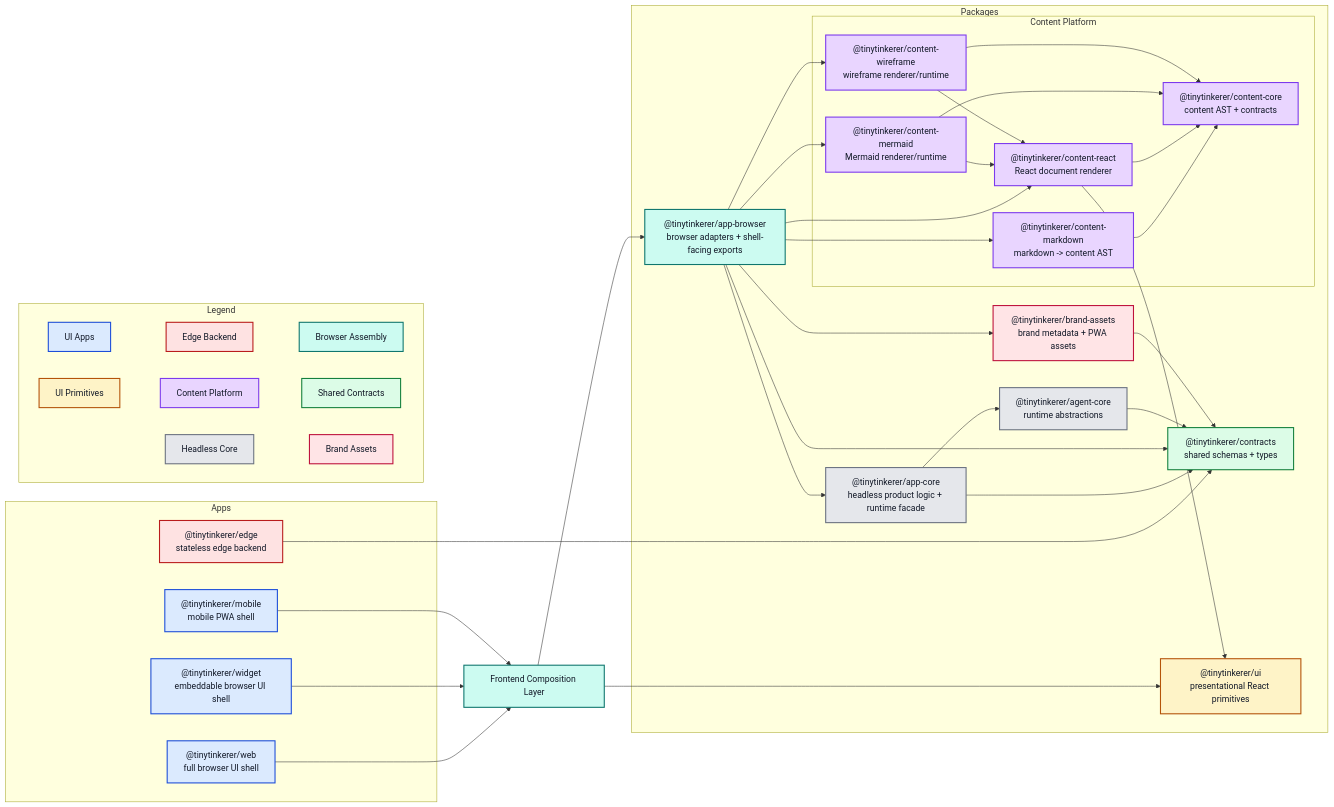
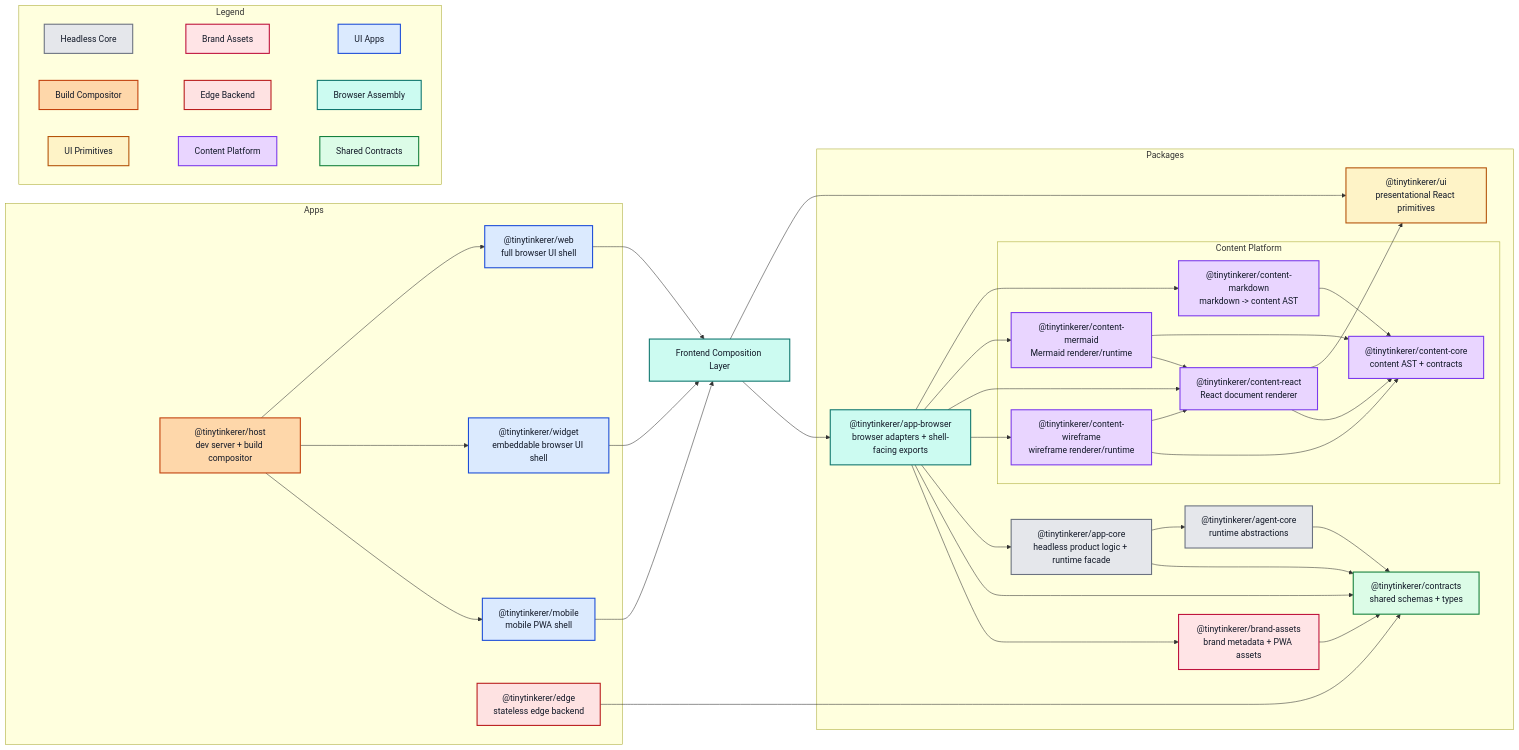
The diagram in docs/ARCHITECTURE.md (NNTin/tinytinkerer), drawn with Mermaid before and after one commit.

Commit message:
style: move arrows in mermaid diagram

````diff
--- a/docs/ARCHITECTURE.md
+++ b/docs/ARCHITECTURE.md
@@ -17,6 +17,7 @@
 ```mermaid
 flowchart LR
   subgraph Apps
+    host["@tinytinkerer/host<br/>dev server + build compositor"]
     web["@tinytinkerer/web<br/>full browser UI shell"]
     widget["@tinytinkerer/widget<br/>embeddable browser UI shell"]
     mobile["@tinytinkerer/mobile<br/>mobile PWA shell"]
@@ -42,6 +43,10 @@
     end
   end
 
+  host --> web
+  host --> widget
+  host --> mobile
+
   web --> common
   widget --> common
   mobile --> common
@@ -53,21 +58,21 @@
   appcore --> agent
   appcore --> contracts
 
+  appbrowser --> contentmarkdown
+  appbrowser --> contentmermaid
+  appbrowser --> contentreact
+  appbrowser --> contentwireframe
   appbrowser --> appcore
   appbrowser --> contracts
   appbrowser --> brand
-  appbrowser --> contentmarkdown
-  appbrowser --> contentreact
-  appbrowser --> contentmermaid
-  appbrowser --> contentwireframe
 
   contentmarkdown --> contentcore
+  contentreact --> ui
   contentreact --> contentcore
-  contentreact --> ui
   contentmermaid --> contentcore
   contentmermaid --> contentreact
+  contentwireframe --> contentreact
   contentwireframe --> contentcore
-  contentwireframe --> contentreact
 
   agent --> contracts
   brand --> contracts
@@ -75,6 +80,7 @@
   subgraph Legend
     direction LR
     legendUiApp["UI Apps"]
+    legendHost["Build Compositor"]
     legendEdge["Edge Backend"]
     legendBrowser["Browser Assembly"]
     legendUi["UI Primitives"]
@@ -84,12 +90,13 @@
     legendBrand["Brand Assets"]
 
     %% ensure legend is rendered properly
-    legendUiApp ~~~ legendEdge ~~~ legendBrowser
+    legendHost ~~~ legendEdge ~~~ legendBrowser
     legendUi ~~~ legendFeature ~~~ legendContracts
-    legendCore ~~~ legendBrand
+    legendCore ~~~ legendBrand ~~~ legendUiApp
   end
 
   classDef uiApp fill:#dbeafe,stroke:#1d4ed8,color:#111827,stroke-width:2px;
+  classDef hostInfra fill:#fed7aa,stroke:#c2410c,color:#111827,stroke-width:2px;
   classDef edgeApp fill:#fee2e2,stroke:#b91c1c,color:#111827,stroke-width:2px;
   classDef browserAssembly fill:#ccfbf1,stroke:#0f766e,color:#111827,stroke-width:2px;
   classDef uiPrimitives fill:#fef3c7,stroke:#b45309,color:#111827,stroke-width:2px;
@@ -99,6 +106,7 @@
   classDef brandLayer fill:#ffe4e6,stroke:#be123c,color:#111827,stroke-width:2px;
 
   class web,widget,mobile,legendUiApp uiApp;
+  class host,legendHost hostInfra;
   class edge,legendEdge edgeApp;
   class common,appbrowser,legendBrowser browserAssembly;
   class ui,legendUi uiPrimitives;
````
